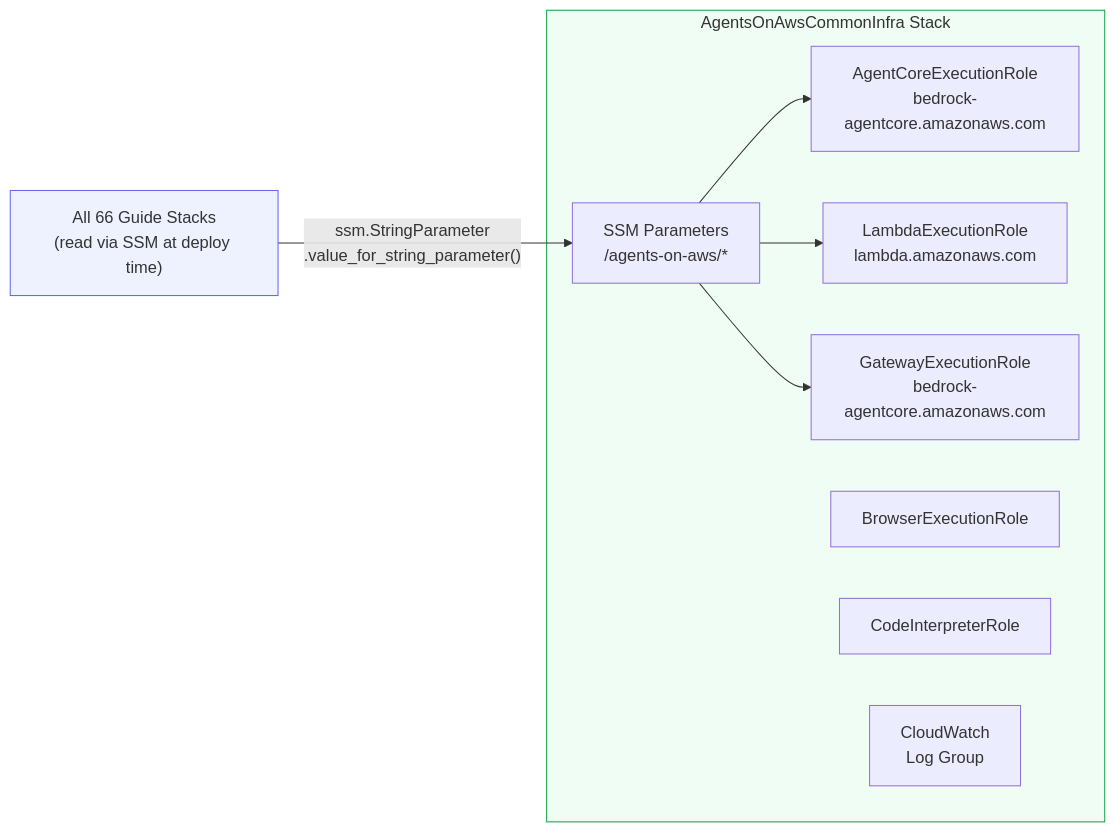
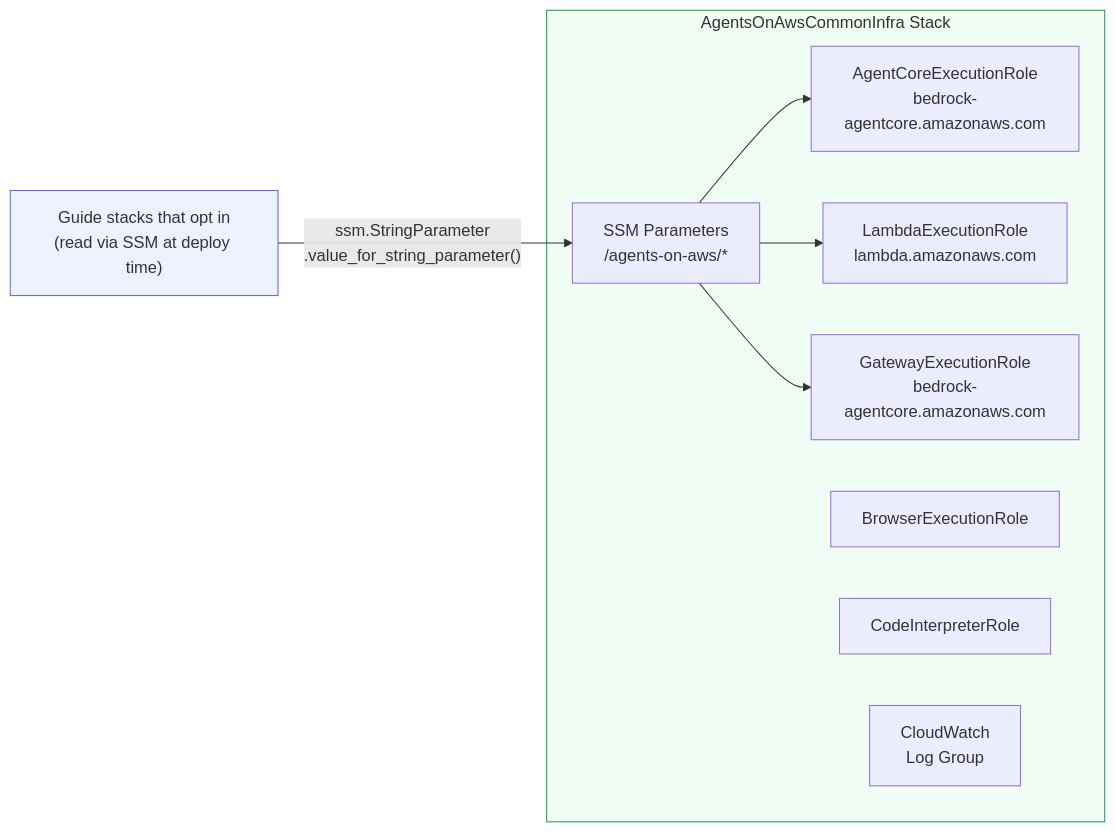
The first of 3 diagrams in 00-foundations/000-common-infra/README.md (anveshmuppeda/agents-on-aws), drawn with Mermaid before and after one commit. The commit also changed other lines of this file and 38 other files, not shown here.

````diff
--- a/00-foundations/000-common-infra/README.md
+++ b/00-foundations/000-common-infra/README.md
@@ -47,18 +49,18 @@
 ```mermaid
 flowchart LR
     subgraph COMMON["AgentsOnAwsCommonInfra Stack"]
         R1["AgentCoreExecutionRole\nbedrock-agentcore.amazonaws.com"]
         R2["LambdaExecutionRole\nlambda.amazonaws.com"]
         R3["GatewayExecutionRole\nbedrock-agentcore.amazonaws.com"]
         R4["BrowserExecutionRole"]
         R5["CodeInterpreterRole"]
         SSM["SSM Parameters\n/agents-on-aws/*"]
         CW["CloudWatch\nLog Group"]
     end
 
-    GUIDES["All 66 Guide Stacks\n(read via SSM at deploy time)"] -- "ssm.StringParameter\n.value_for_string_parameter()" --> SSM
+    GUIDES["Guide stacks that opt in\n(read via SSM at deploy time)"] -- "ssm.StringParameter\n.value_for_string_parameter()" --> SSM
     SSM --> R1 & R2 & R3
 
     style COMMON fill:#f0fdf4,stroke:#16a34a
     style GUIDES fill:#eef2ff,stroke:#6366f1
 ```
````
